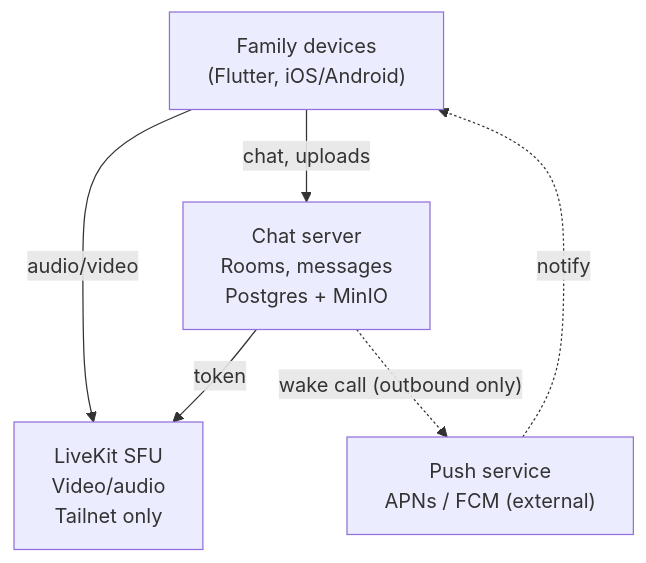
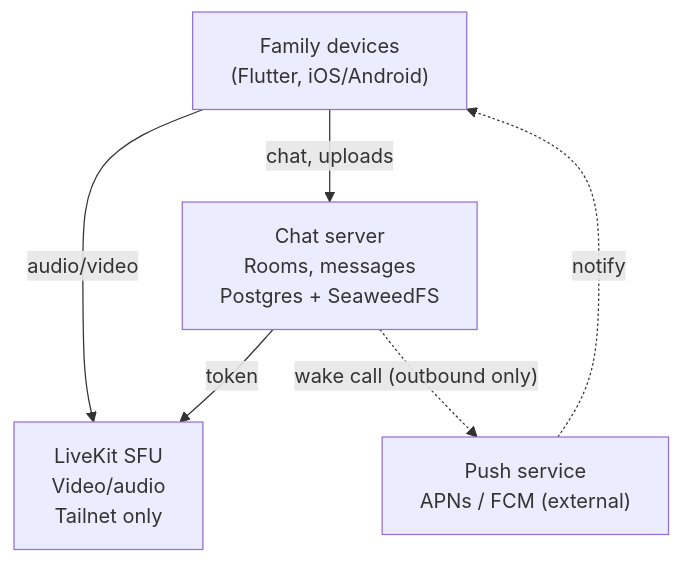
One commit to holzeis/roost changed the diagram in docs/architecture-overview.md. Above: the diagram before and after it, drawn with Mermaid. The commit also changed other lines of this file and 21 other files, not shown here.

````diff
--- a/docs/architecture-overview.md
+++ b/docs/architecture-overview.md
@@ -38,13 +38,13 @@
 ```mermaid
 flowchart TB
     Client["Family devices\n(Flutter, iOS/Android)"]
-    Chat["Chat server\nRooms, messages\nPostgres + MinIO"]
+    Chat["Chat server\nRooms, messages\nPostgres + SeaweedFS"]
     LiveKit["LiveKit SFU\nVideo/audio\nTailnet only"]
     Push["Push service\nAPNs / FCM (external)"]
 
     Client -- "chat, uploads" --> Chat
     Client -- "audio/video" --> LiveKit
     Chat -- "token" --> LiveKit
     Chat -. "wake call (outbound only)" .-> Push
     Push -. "notify" .-> Client
 ```
````
